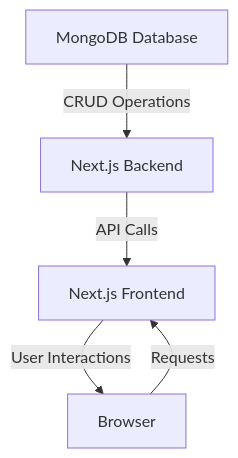
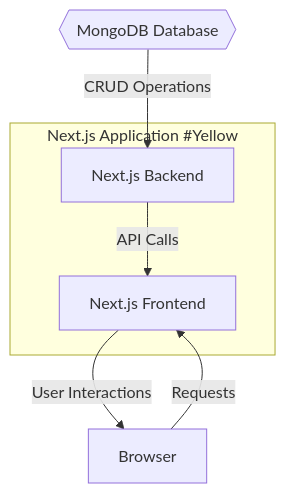
The diagram in README.md (ValentinaValverde/Pyme), drawn with Mermaid before and after one commit.

Commit message:
Add subgraph

````diff
--- a/README.md
+++ b/README.md
@@ -42,7 +42,9 @@
 ```mermaid
 graph TD;
-    A[MongoDB Database] -->|CRUD Operations| B[Next.js Backend];
-    B -->|API Calls| C[Next.js Frontend];
+    A{{MongoDB Database}} -->|CRUD Operations| B[Next.js Backend];
+    subgraph "Next.js Application" #Yellow
+        B -->|API Calls| C[Next.js Frontend];
+    end
     C -->|User Interactions| D[Browser];
     D -->|Requests| C;
 ```
````
